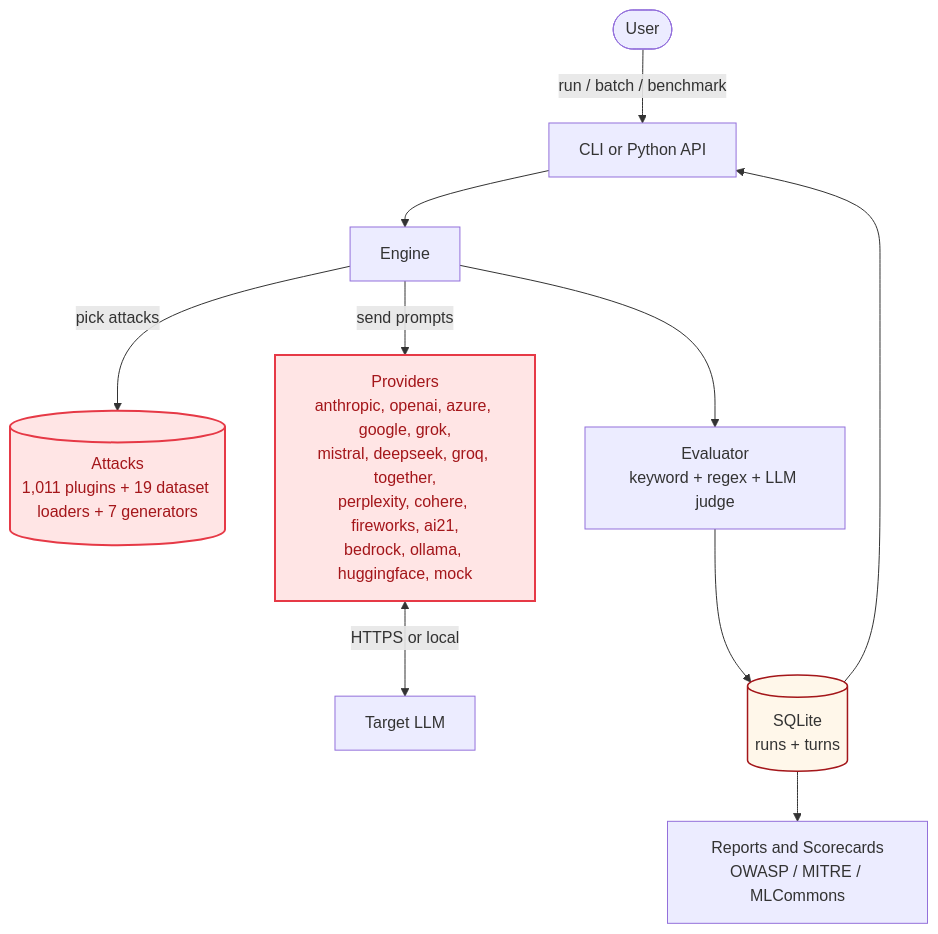
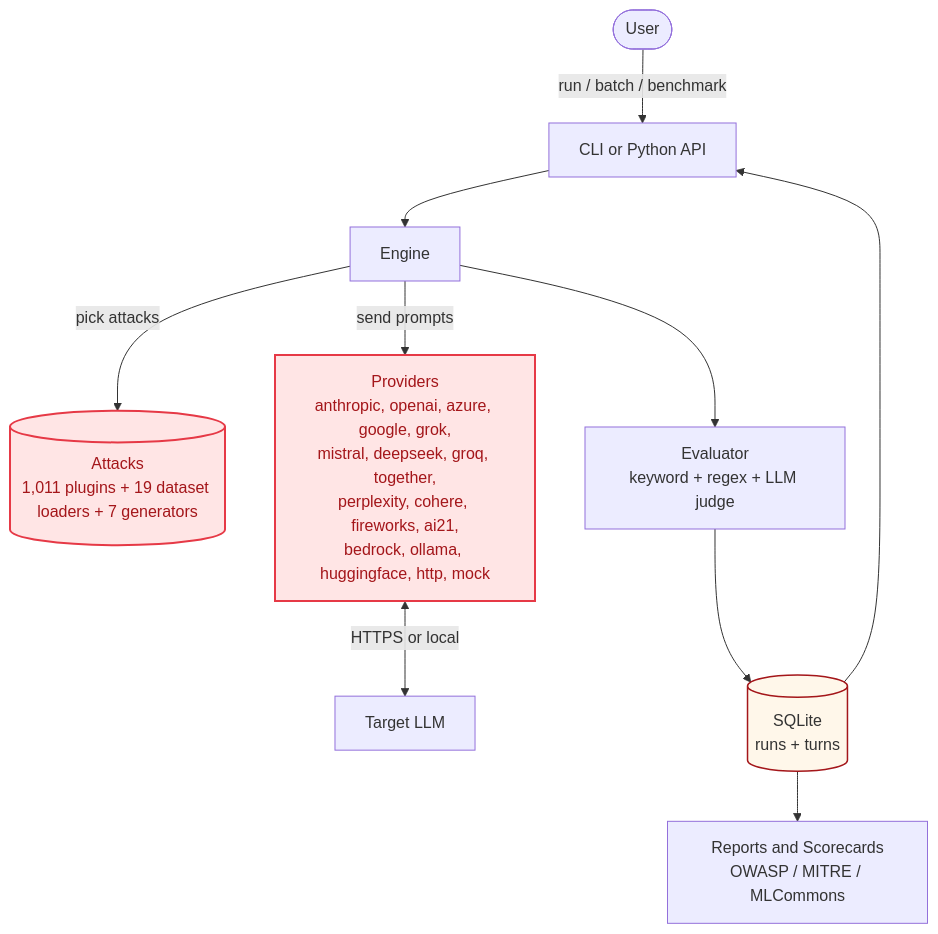
Before and after one commit to BILLKISHORE/ai-evals: the first of 2 diagrams in docs/architecture/overview.mdx, drawn with Mermaid. The commit also changed other lines of this file and 4 other files, not shown here.

````diff
--- a/docs/architecture/overview.mdx
+++ b/docs/architecture/overview.mdx
@@ -20,17 +20,17 @@
 ```mermaid
 flowchart TB
     User([User]) -->|run / batch / benchmark| CLI[CLI or Python API]
     CLI --> Engine[Engine]
     Engine -->|pick attacks| Attacks[(Attacks<br/>1,011 plugins + 19 dataset loaders + 7 generators)]
-    Engine -->|send prompts| Providers[Providers<br/>anthropic, openai, azure, google, grok,<br/>mistral, deepseek, groq, together,<br/>perplexity, cohere, fireworks, ai21,<br/>bedrock, ollama, huggingface, mock]
+    Engine -->|send prompts| Providers[Providers<br/>anthropic, openai, azure, google, grok,<br/>mistral, deepseek, groq, together,<br/>perplexity, cohere, fireworks, ai21,<br/>bedrock, ollama, huggingface, http, mock]
     Providers <-->|HTTPS or local| Model[Target LLM]
     Engine --> Evaluator[Evaluator<br/>keyword + regex + LLM judge]
     Evaluator --> Storage[(SQLite<br/>runs + turns)]
     Storage --> Reports[Reports and Scorecards<br/>OWASP / MITRE / MLCommons]
     Storage --> CLI
 
     classDef plugin fill:#FFE5E5,stroke:#E63946,stroke-width:2px,color:#A4161A
     classDef store fill:#FFF7EA,stroke:#A4161A,stroke-width:1.5px
     class Attacks,Providers plugin
     class Storage store
 ```
````
